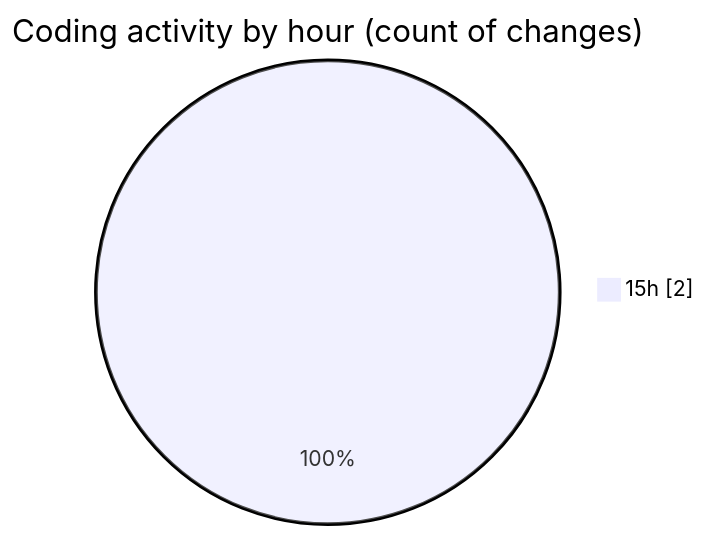
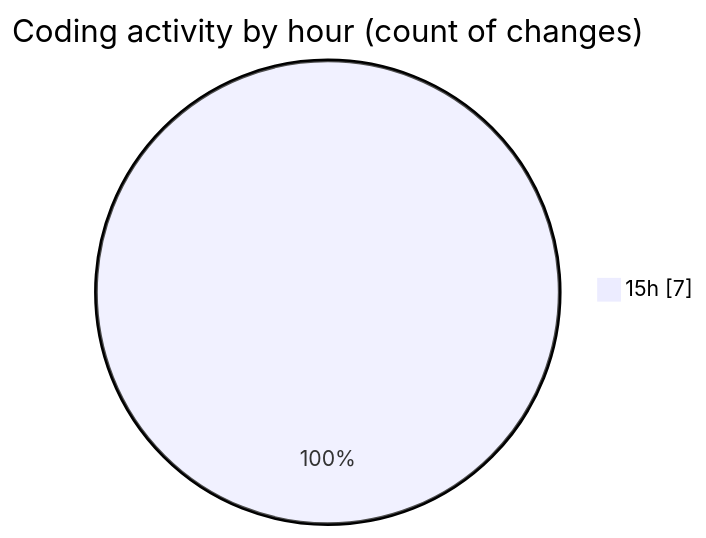
Before and after one commit to EIIisD/code-tracking: the second of 2 diagrams in 2025-08-02/tw-server/README.md, drawn with Mermaid. The commit also changed other lines of this file and 1 other file, not shown here.

````diff
--- a/2025-08-02/tw-server/README.md
+++ b/2025-08-02/tw-server/README.md
@@ -28,5 +28,5 @@
 ```mermaid
 pie showData
 title Coding activity by hour (count of changes)
-"15h" : 2
+"15h" : 7
 ```
````
